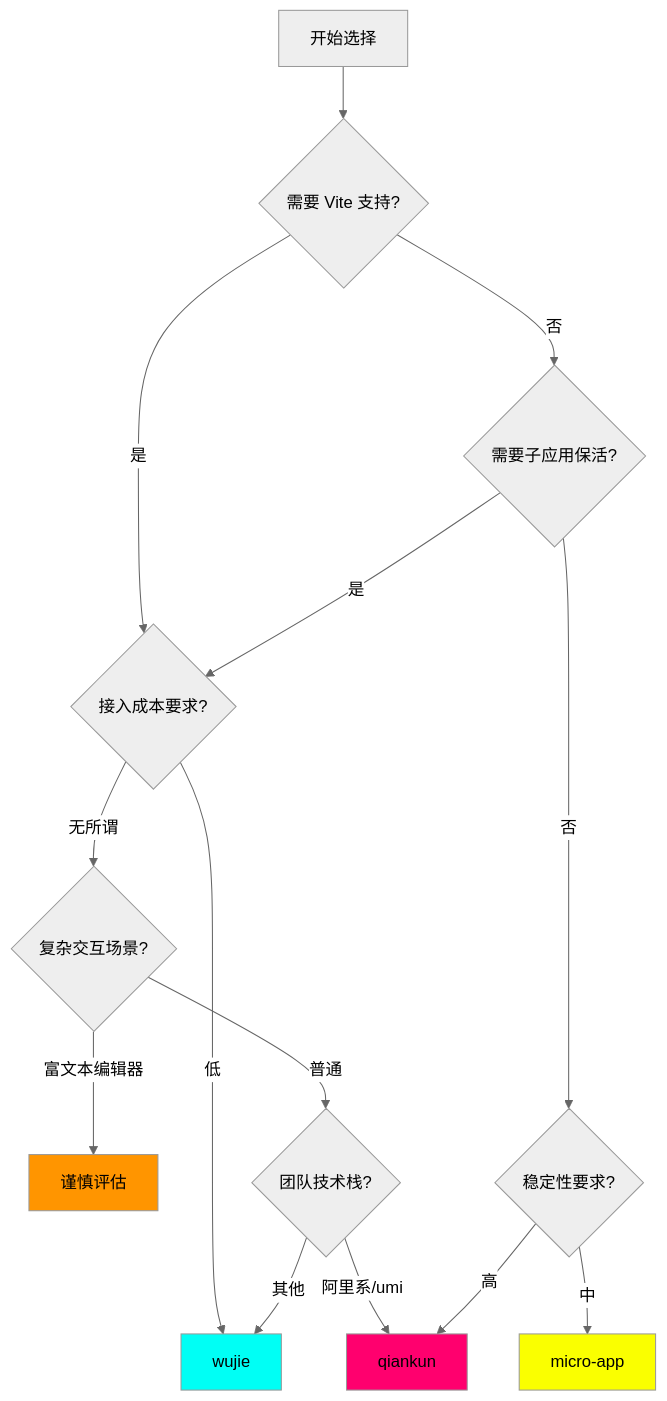
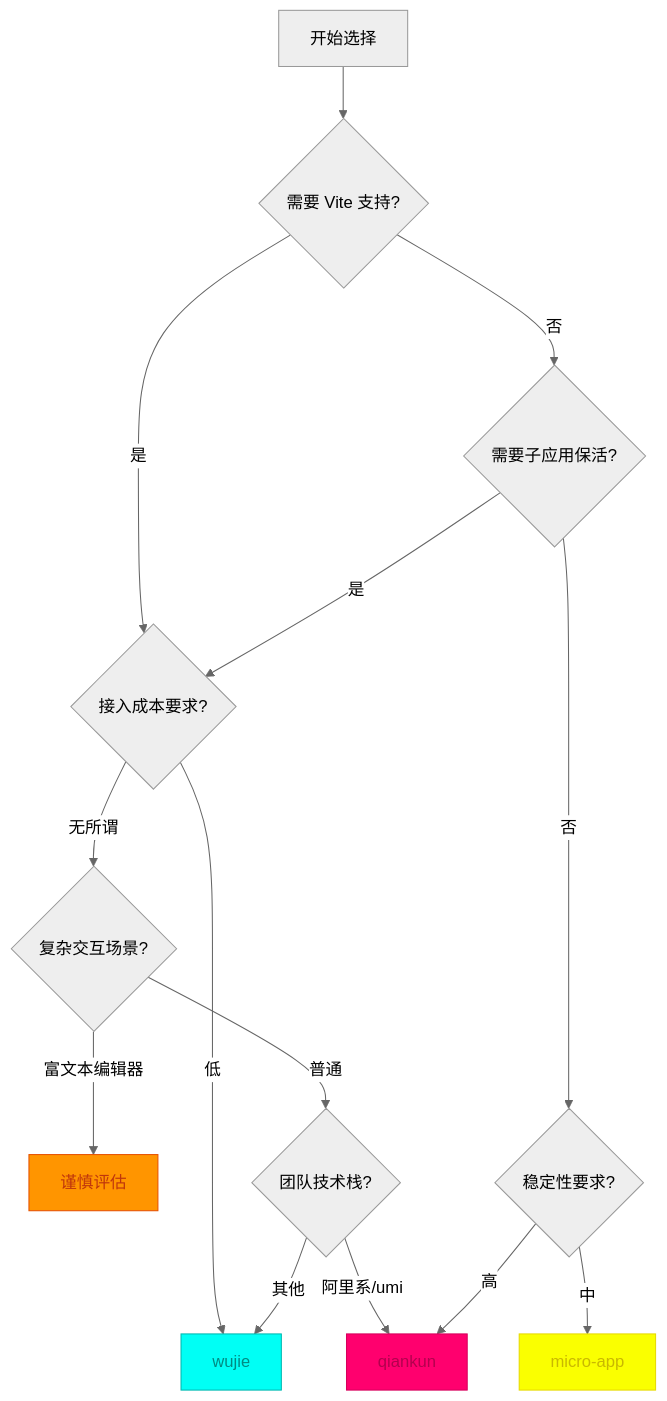
Before and after one commit to FreezeSoul/freezesoul.github.com: the sixth of 6 diagrams in _posts/2019-11-15-micro-frontend.md, drawn with Mermaid (neutral theme). The commit also changed other lines of this file and 9 other files, not shown here.

Commit message:
修正mermaid配色与要求

````diff
--- a/_posts/2019-11-15-micro-frontend.md
+++ b/_posts/2019-11-15-micro-frontend.md
@@ -1330,26 +1330,26 @@
 ```mermaid
 graph TD
     A[开始选择] --> B{需要 Vite 支持?}
     B -->|是| C{接入成本要求?}
     B -->|否| D{需要子应用保活?}
 
     C -->|低| E[wujie]
     C -->|无所谓| F{复杂交互场景?}
 
     F -->|富文本编辑器| G[谨慎评估]
     F -->|普通| H{团队技术栈?}
 
     H -->|阿里系/umi| I[qiankun]
     H -->|其他| E
 
     D -->|是| C
     D -->|否| J{稳定性要求?}
 
     J -->|高| I
     J -->|中| K[micro-app]
 
-    style E fill:#00fff5
-    style I fill:#ff006e
-    style K fill:#faff00
-    style G fill:#ff9500
+    style E fill:#00fff5,stroke:#00b8b0,color:#008b82
+    style I fill:#ff006e,stroke:#d6005c,color:#b3004e
+    style K fill:#faff00,stroke:#e6d900,color:#c9b800
+    style G fill:#ff9500,stroke:#e65100,color:#bf360c
 ```
````
